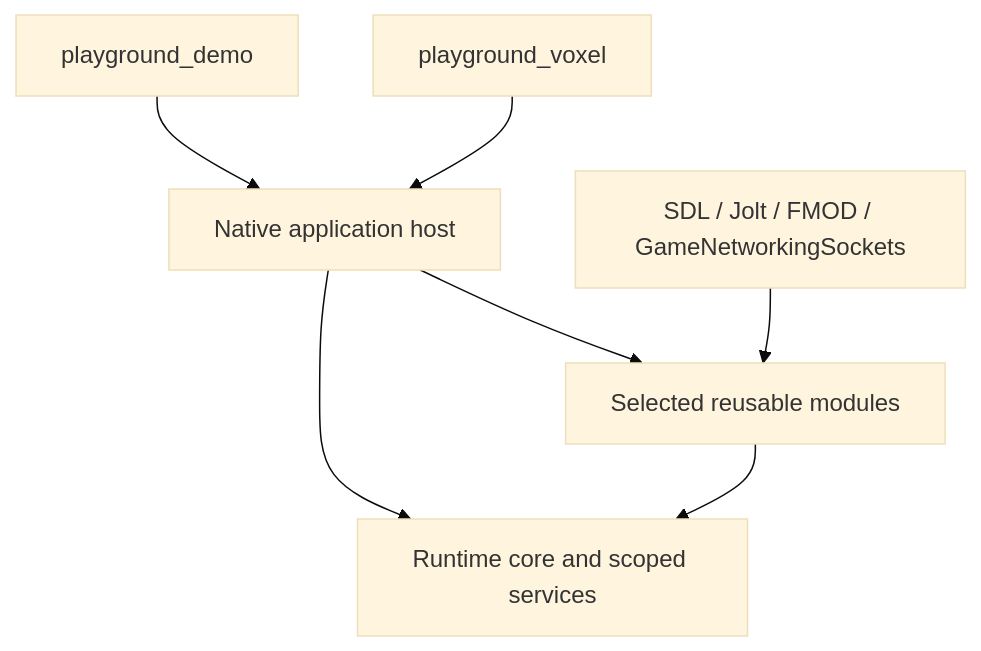
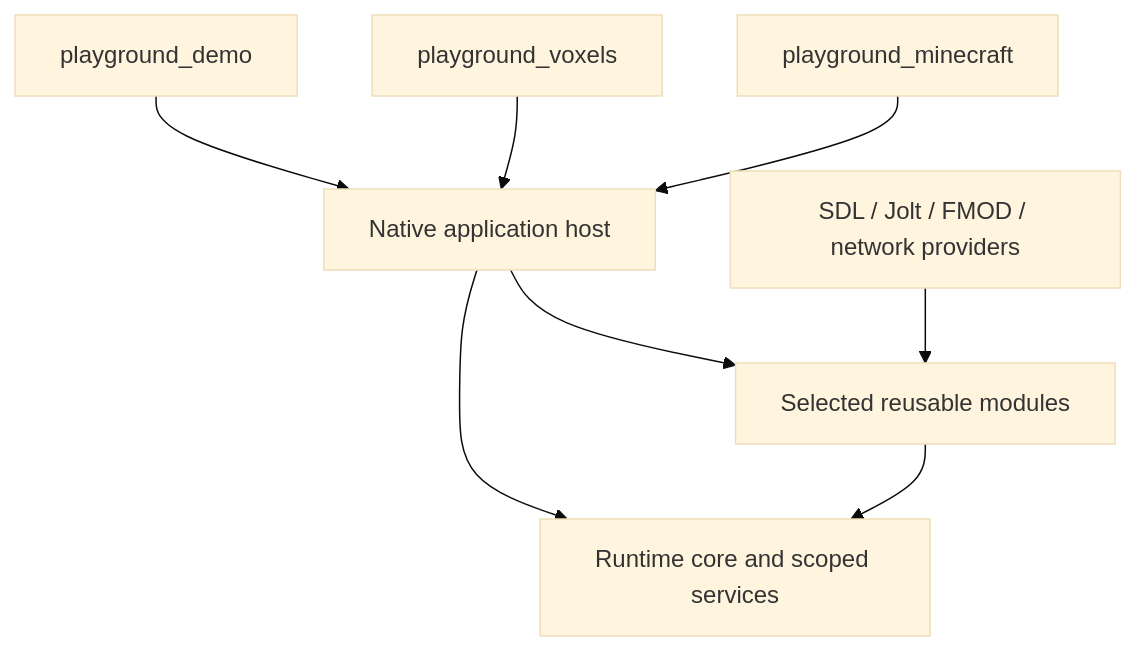
Before and after one commit to mannie-exe/playground: the diagram in docs/platform/ARCHITECTURE.md, drawn with Mermaid (base theme). The commit also changed other lines of this file and 41 other files, not shown here.

````diff
--- a/docs/platform/ARCHITECTURE.md
+++ b/docs/platform/ARCHITECTURE.md
@@ -21,9 +21,10 @@
 ```mermaid
 flowchart TD
     Demo[playground_demo] --> Host[Native application host]
-    Voxel[playground_voxel] --> Host
+    Voxel[playground_voxels] --> Host
+    Minecraft[playground_minecraft] --> Host
     Host --> Core[Runtime core and scoped services]
     Host --> Modules[Selected reusable modules]
     Modules --> Core
-    Adapters[SDL / Jolt / FMOD / GameNetworkingSockets] --> Modules
+    Adapters[SDL / Jolt / FMOD / network providers] --> Modules
 ```
````
